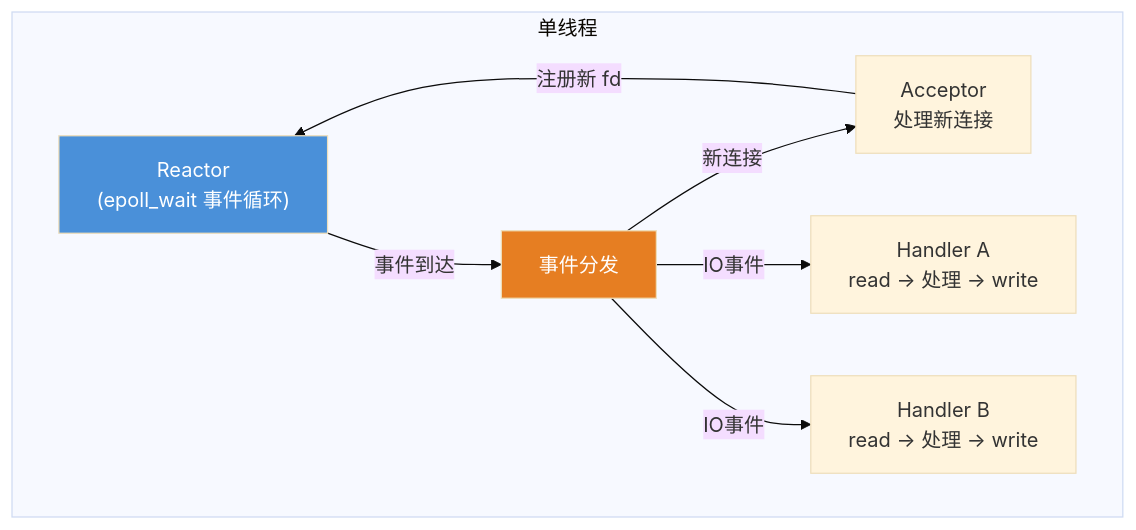
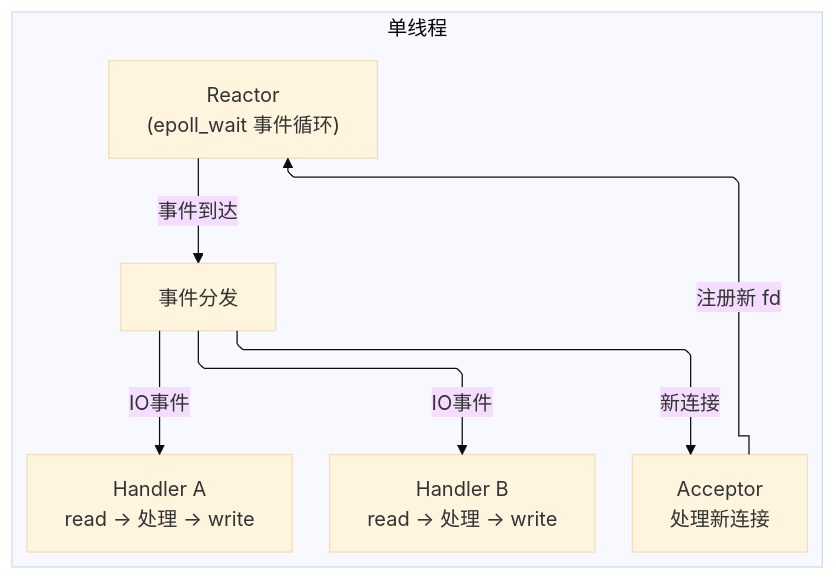
One commit to ziyan-cs/obsidian-coding-notes changed the diagram in 05-Network Programming (网络编程)/02 · Socket编程/05-Reactor & Proactor Pattern (事件驱动模型) ⭐/05a-Single Reactor Single Thread (单reactor单线程).md. Above: the diagram before and after it, drawn with Mermaid (base theme). The commit also changed 37 other files, not shown here.

````diff
--- a/05-Network Programming (网络编程)/02 · Socket编程/05-Reactor & Proactor Pattern (事件驱动模型) ⭐/05a-Single Reactor Single Thread (单reactor单线程).md
+++ b/05-Network Programming (网络编程)/02 · Socket编程/05-Reactor & Proactor Pattern (事件驱动模型) ⭐/05a-Single Reactor Single Thread (单reactor单线程).md
@@ -13,19 +13,18 @@
 ```mermaid
+%%{init: {"flowchart": {"defaultRenderer": "elk", "curve": "monotoneX"}} }%%
 graph TD
     subgraph MainThread["单线程"]
         RE["Reactor<br/>(epoll_wait 事件循环)"]
         DISPATCH["事件分发"]
         ACC["Acceptor<br/>处理新连接"]
         H1["Handler A<br/>read → 处理 → write"]
         H2["Handler B<br/>read → 处理 → write"]
     end
     
     RE -->|事件到达| DISPATCH
     DISPATCH -->|新连接| ACC
     DISPATCH -->|IO事件| H1
     DISPATCH -->|IO事件| H2
     ACC -->|注册新 fd| RE
     
-    style RE fill:#4a90d9,color:#fff
-    style DISPATCH fill:#e67e22,color:#fff
 ```
````
